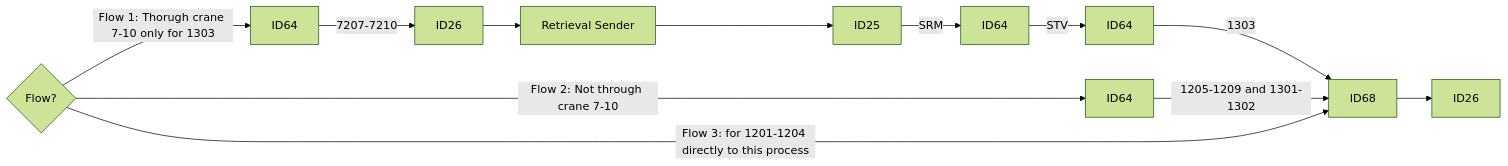
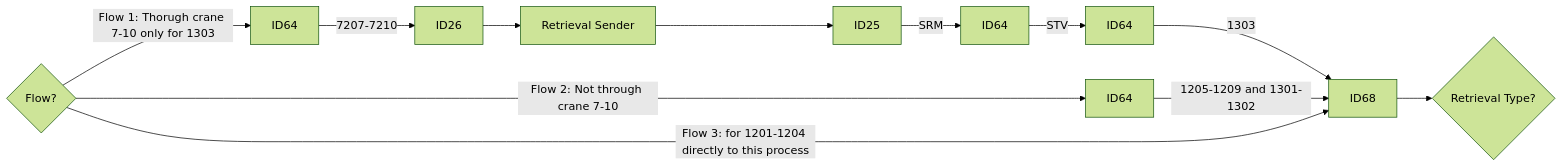
One commit to luthfiadityaa/SimeDarby-Wiki changed the third of 16 diagrams in Basic-Design/DFD-WMS/Retrieval/Specific-Location-Retrieval-Setting.md. Above: the diagram before and after it, drawn with Mermaid (forest theme). The commit also changed other lines of this file, not shown here.

Commit message:
Updated Specific Location Retrieval Setting

```diff
--- a/Basic-Design/DFD-WMS/Retrieval/Specific-Location-Retrieval-Setting.md
+++ b/Basic-Design/DFD-WMS/Retrieval/Specific-Location-Retrieval-Setting.md
@@ -33,9 +18,11 @@
 ::: mermaid
 flowchart LR
 
 Cond1{Flow?} 
 
 Cond1{Flow?}--> |Flow 1: Thorugh crane 7-10 only for 1303| P5[ID64]--> |7207-7210| P8[ID26]-->P9[Retrieval Sender]-->P10[ID25]--> |SRM| P11[ID64]--> |STV| P12[ID64]--> |1303| P7[ID68]
 Cond1{Flow?}--> |Flow 2: Not through crane 7-10| P6[ID64]--> |1205-1209 and 1301-1302| P7[ID68]
-Cond1{Flow?}--> |Flow 3: for 1201-1204 directly to this process| P7[ID68]-->P13[ID26]
+Cond1{Flow?}--> |Flow 3: for 1201-1204 directly to this process| P7[ID68]
+
+P7[ID68]-->Cond2{Retrieval Type?} 
 :::
```
